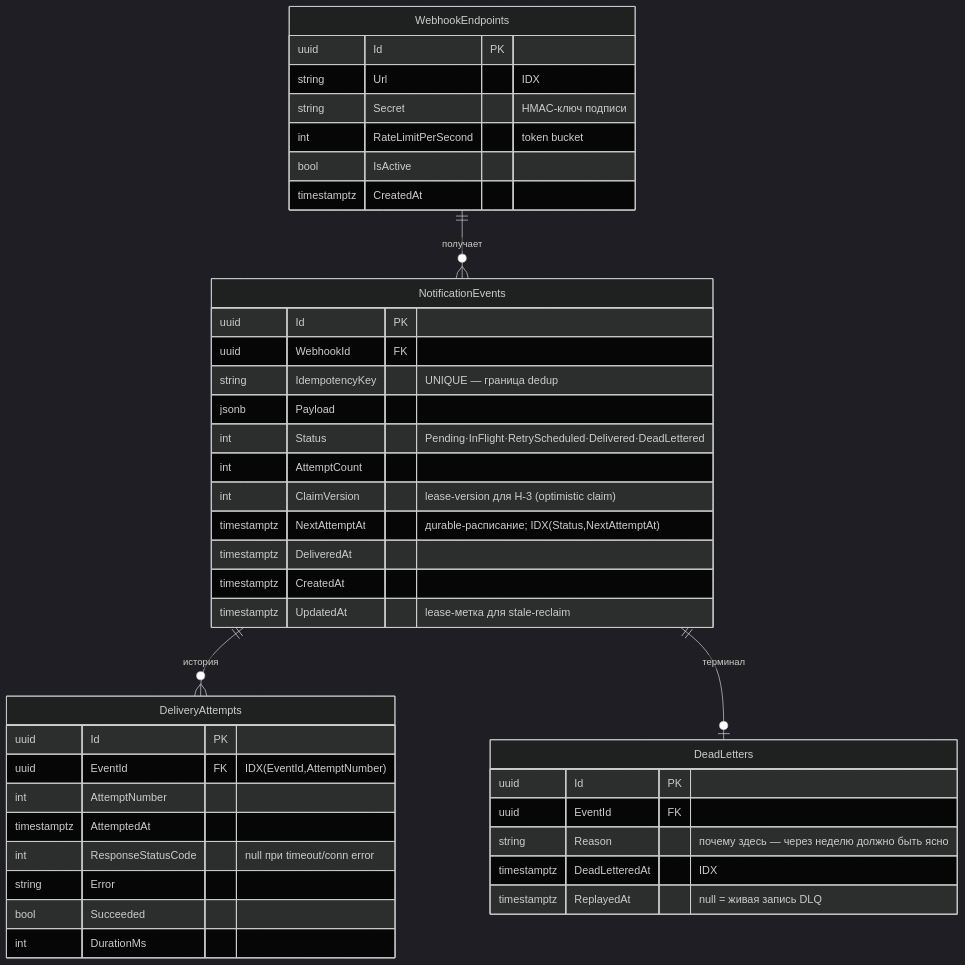
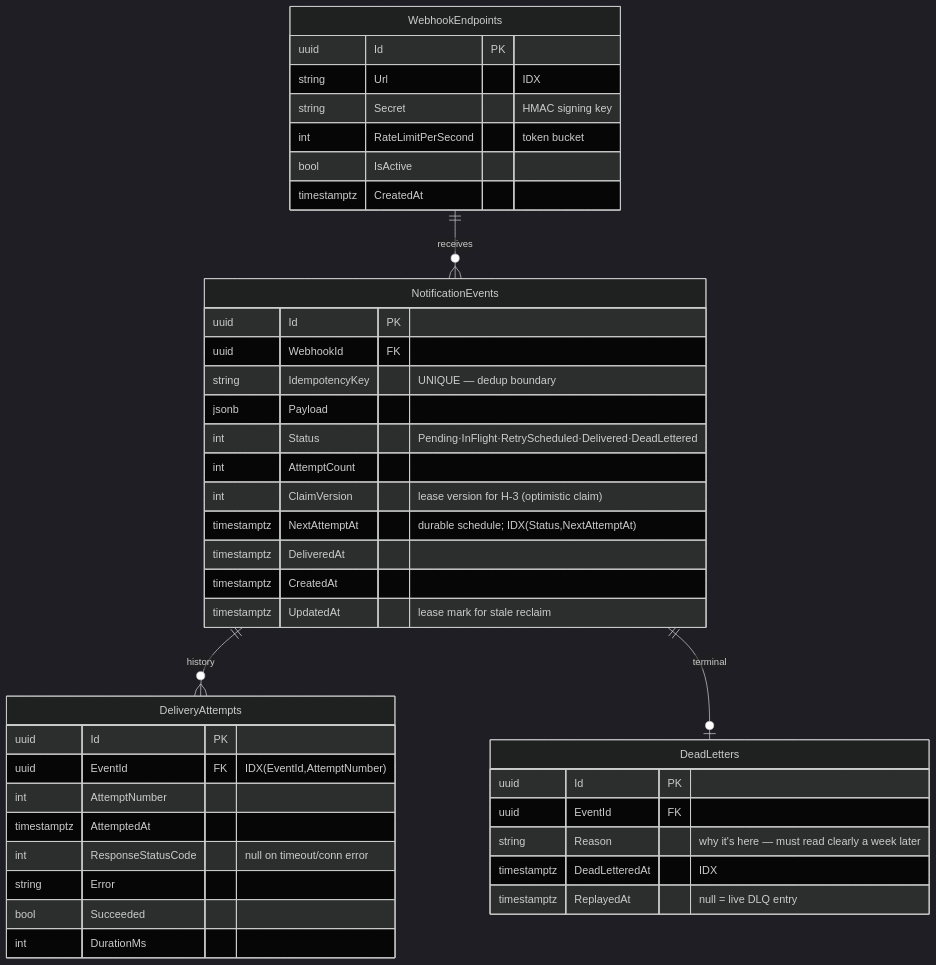
Before and after one commit to ezpectus/webhook-engine: the sixth of 6 diagrams in docs/diagrams/system.md, drawn with Mermaid (dark theme). The commit also changed other lines of this file and 28 other files, not shown here.

Commit message:
repo hygiene: RU mirrors + workflow docs → .devin/ (gitignored), failure-boundary map extracted to docs/, diagrams/system.md translated EN, README/authorship section

````diff
--- a/docs/diagrams/system.md
+++ b/docs/diagrams/system.md
@@ -189,48 +190,48 @@
 ```mermaid
 erDiagram
-    WebhookEndpoints ||--o{ NotificationEvents : "получает"
-    NotificationEvents ||--o{ DeliveryAttempts : "история"
-    NotificationEvents ||--o| DeadLetters : "терминал"
+    WebhookEndpoints ||--o{ NotificationEvents : "receives"
+    NotificationEvents ||--o{ DeliveryAttempts : "history"
+    NotificationEvents ||--o| DeadLetters : "terminal"
 
     WebhookEndpoints {
         uuid Id PK
         string Url "IDX"
-        string Secret "HMAC-ключ подписи"
+        string Secret "HMAC signing key"
         int RateLimitPerSecond "token bucket"
         bool IsActive
         timestamptz CreatedAt
     }
 
     NotificationEvents {
         uuid Id PK
         uuid WebhookId FK
-        string IdempotencyKey "UNIQUE — граница dedup"
+        string IdempotencyKey "UNIQUE — dedup boundary"
         jsonb Payload
         int Status "Pending·InFlight·RetryScheduled·Delivered·DeadLettered"
         int AttemptCount
-        int ClaimVersion "lease-version для H-3 (optimistic claim)"
-        timestamptz NextAttemptAt "дurable-расписание; IDX(Status,NextAttemptAt)"
+        int ClaimVersion "lease version for H-3 (optimistic claim)"
+        timestamptz NextAttemptAt "durable schedule; IDX(Status,NextAttemptAt)"
         timestamptz DeliveredAt
         timestamptz CreatedAt
-        timestamptz UpdatedAt "lease-метка для stale-reclaim"
+        timestamptz UpdatedAt "lease mark for stale reclaim"
     }
 
     DeliveryAttempts {
         uuid Id PK
         uuid EventId FK "IDX(EventId,AttemptNumber)"
         int AttemptNumber
         timestamptz AttemptedAt
-        int ResponseStatusCode "null при timeout/conn error"
+        int ResponseStatusCode "null on timeout/conn error"
         string Error
         bool Succeeded
         int DurationMs
     }
 
     DeadLetters {
         uuid Id PK
         uuid EventId FK
-        string Reason "почему здесь — через неделю должно быть ясно"
+        string Reason "why it's here — must read clearly a week later"
         timestamptz DeadLetteredAt "IDX"
-        timestamptz ReplayedAt "null = живая запись DLQ"
+        timestamptz ReplayedAt "null = live DLQ entry"
     }
 ```
````
